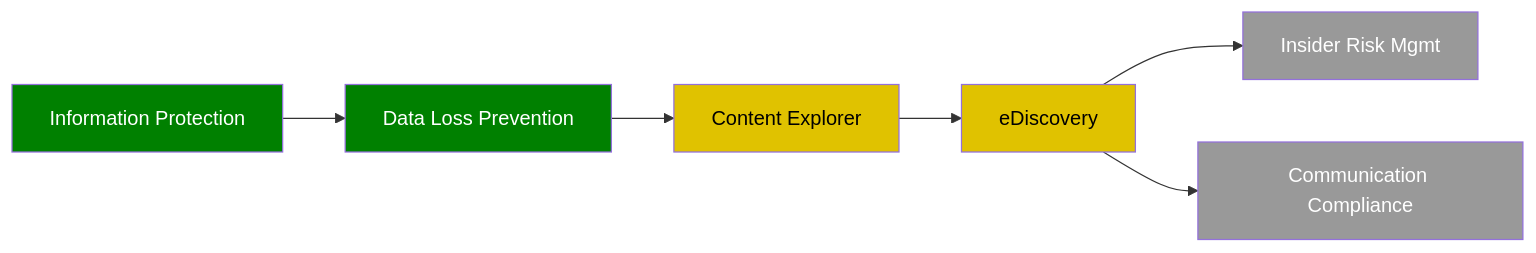
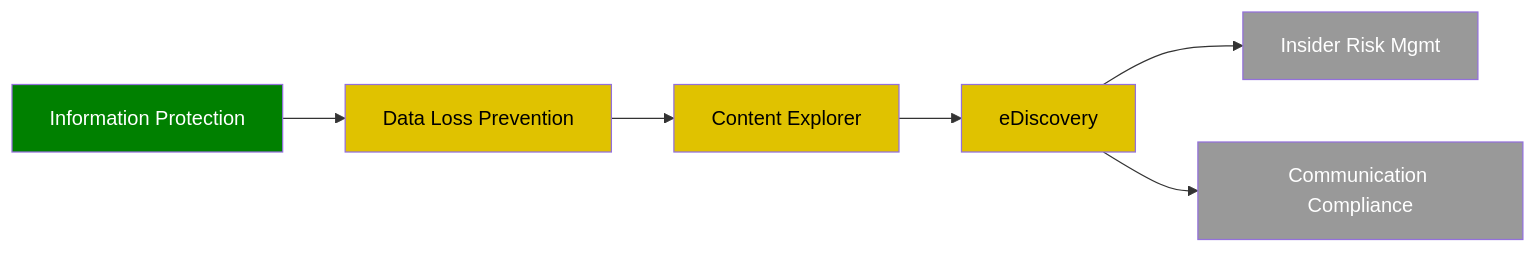
The tenth of 10 diagrams in Roadmap/Visualisierungen.md (WeissiEfficiency/Purview), drawn with Mermaid before and after one commit. The commit also changed other lines of this file and 22 other files, not shown here.

````diff
--- a/Roadmap/Visualisierungen.md
+++ b/Roadmap/Visualisierungen.md
@@ -211,15 +239,15 @@
 ```mermaid
 flowchart LR
     IP["Information Protection"] --> DLP["Data Loss Prevention"]
     DLP --> CE["Content Explorer"]
     CE --> ED["eDiscovery"]
     ED --> IRM["Insider Risk Mgmt"]
     ED --> CC["Communication Compliance"]
 
     style IP fill:#008000,color:#fff
-    style DLP fill:#008000,color:#fff
+    style DLP fill:#e0c200,color:#000
     style CE fill:#e0c200,color:#000
     style ED fill:#e0c200,color:#000
     style IRM fill:#999,color:#fff
     style CC fill:#999,color:#fff
 ```
````
